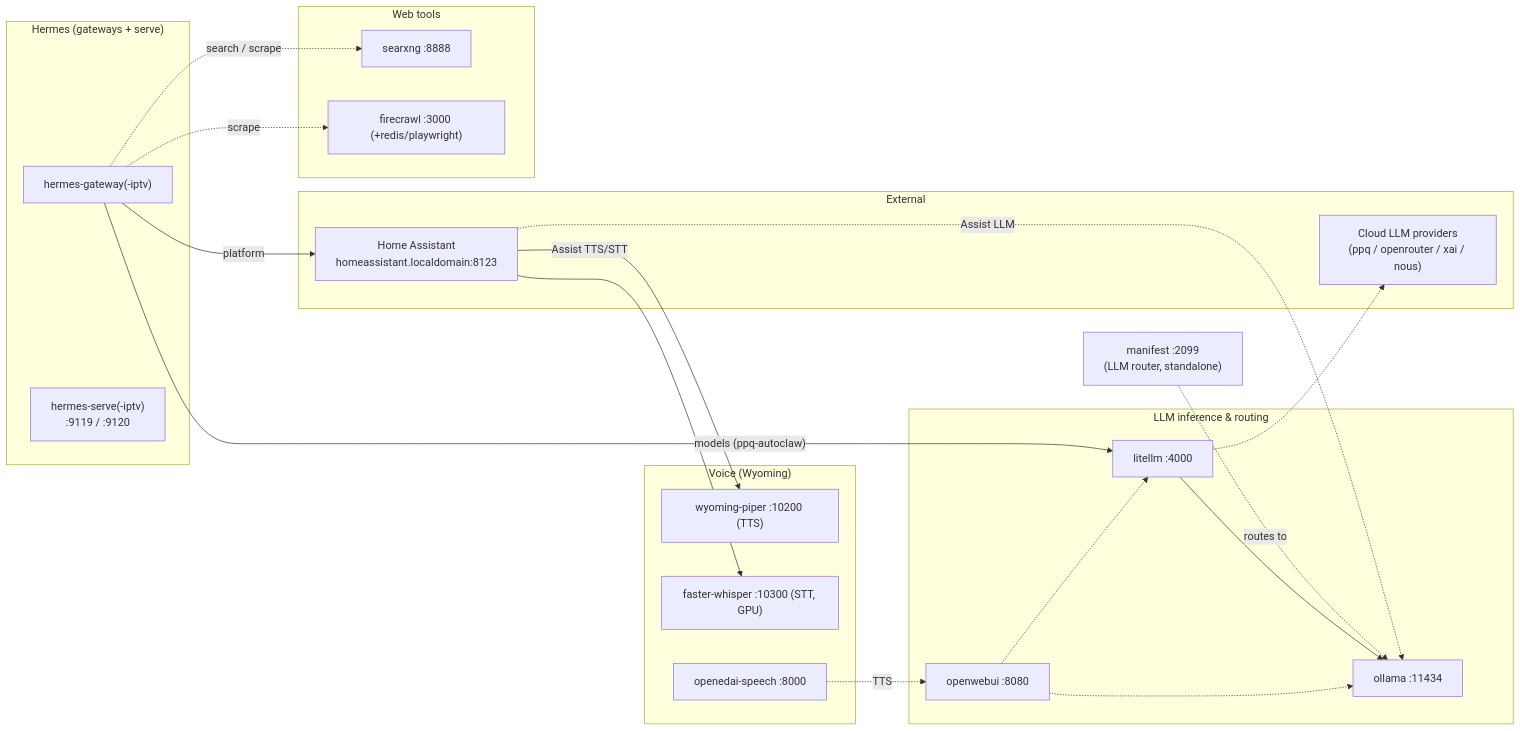
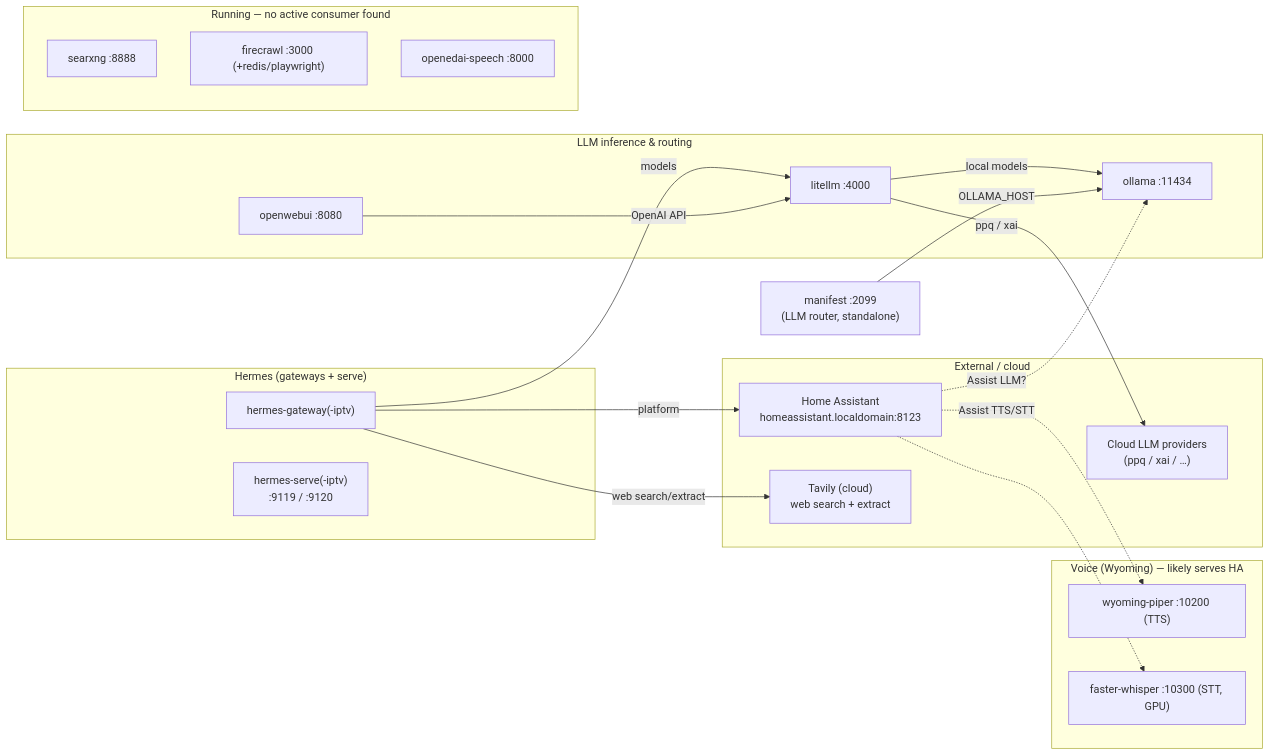
One commit to brandon-btcgroup/hermes-agent changed the second of 2 diagrams in docs/ai-server-architecture.md. Above: the diagram before and after it, drawn with Mermaid. The commit also changed other lines of this file, not shown here.

Commit message:
docs(ai-server): verify stack edges, correct inferred wiring
Verified from configs/DB: openwebui->litellm (not ollama direct),
litellm->ollama+cloud (model table), manifest->ollama. Corrected:
hermes web tooling uses Tavily (cloud), NOT local searxng/firecrawl.
Flagged searxng/firecrawl/openedai-speech as running with no active
consumer found. HA edges marked external/unverifiable.

````diff
--- a/docs/ai-server-architecture.md
+++ b/docs/ai-server-architecture.md
@@ -204,45 +206,43 @@
 ```mermaid
 flowchart LR
-    subgraph ext["External"]
+    subgraph ext["External / cloud"]
         ha["Home Assistant<br/>homeassistant.localdomain:8123"]
-        cloud["Cloud LLM providers<br/>(ppq / openrouter / xai / nous)"]
+        cloud["Cloud LLM providers<br/>(ppq / xai / …)"]
+        tavily["Tavily (cloud)<br/>web search + extract"]
     end
 
     subgraph hermes["Hermes (gateways + serve)"]
         gw["hermes-gateway(-iptv)"]
         serve["hermes-serve(-iptv)<br/>:9119 / :9120"]
     end
 
     subgraph llm["LLM inference & routing"]
         litellm["litellm :4000"]
         ollama["ollama :11434"]
         owui["openwebui :8080"]
     end
 
-    subgraph voice["Voice (Wyoming)"]
+    subgraph voice["Voice (Wyoming) — likely serves HA"]
         piper["wyoming-piper :10200 (TTS)"]
         whisper["faster-whisper :10300 (STT, GPU)"]
-        oai_speech["openedai-speech :8000"]
     end
 
-    subgraph websub["Web tools"]
+    subgraph idle["Running — no active consumer found"]
         searxng["searxng :8888"]
         firecrawl["firecrawl :3000 (+redis/playwright)"]
+        oai_speech["openedai-speech :8000"]
     end
 
     manifest["manifest :2099<br/>(LLM router, standalone)"]
 
-    gw -->|"models (ppq-autoclaw)"| litellm
-    manifest -.->|"routes to"| ollama
-    litellm --> ollama
-    litellm -.-> cloud
-    gw -.->|"search / scrape"| searxng
-    gw -.->|"scrape"| firecrawl
+    gw -->|"models"| litellm
+    gw -->|"web search/extract"| tavily
     gw -->|"platform"| ha
-    owui -.-> ollama
-    owui -.-> litellm
-    ha -->|"Assist TTS/STT"| piper
-    ha --> whisper
-    ha -.->|"Assist LLM"| ollama
-    oai_speech -.->|"TTS"| owui
+    litellm -->|"local models"| ollama
+    litellm -->|"ppq / xai"| cloud
+    owui -->|"OpenAI API"| litellm
+    manifest -->|"OLLAMA_HOST"| ollama
+    ha -.->|"Assist TTS/STT"| piper
+    ha -.-> whisper
+    ha -.->|"Assist LLM?"| ollama
 ```
````
